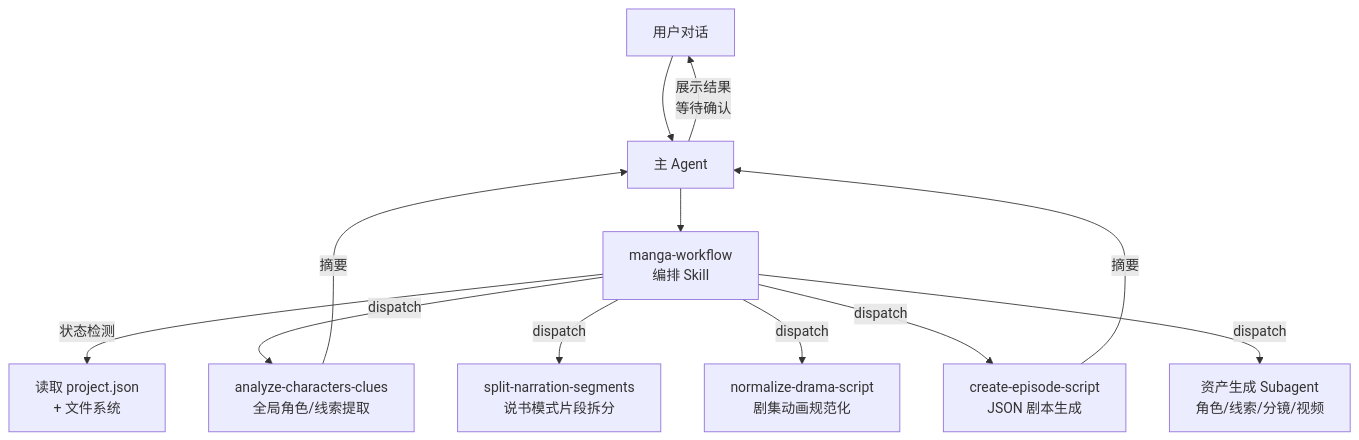
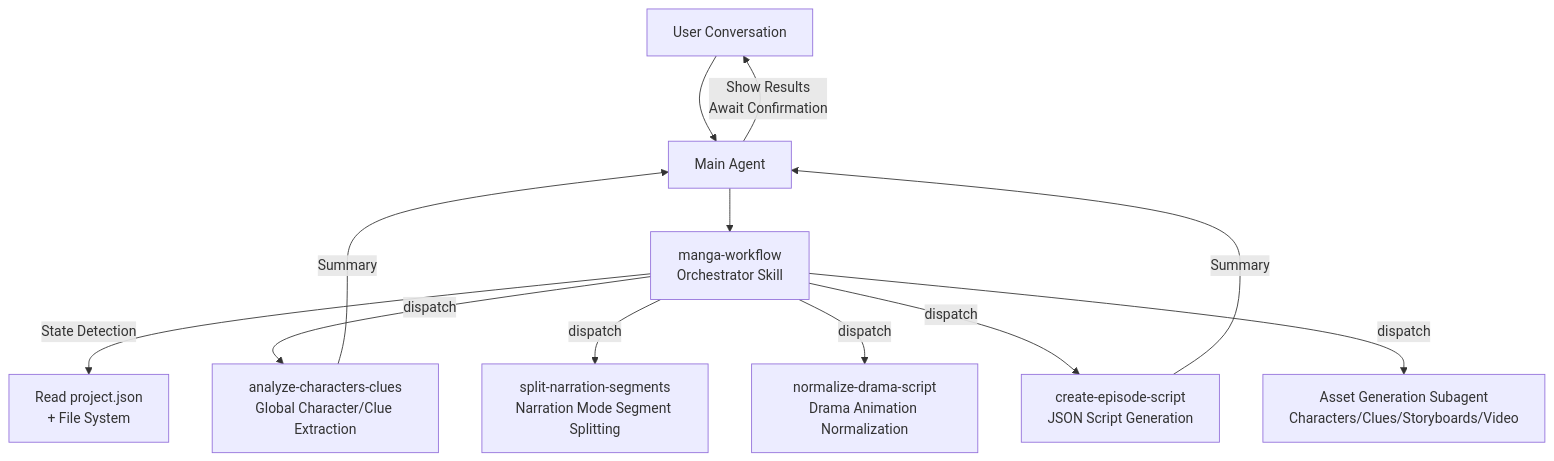
The second of 3 diagrams in README.md (lang315/ArcReel), drawn with Mermaid before and after one commit. The commit also changed other lines of this file and 3 other files, not shown here.

````diff
--- a/README.md
+++ b/README.md
@@ -185,14 +184,14 @@
 ```mermaid
 flowchart TD
-    User["用户对话"] --> Main["主 Agent"]
-    Main --> MW["manga-workflow<br/>编排 Skill"]
-    MW -->|"状态检测"| PJ["读取 project.json<br/>+ 文件系统"]
-    MW -->|"dispatch"| SA1["analyze-characters-clues<br/>全局角色/线索提取"]
-    MW -->|"dispatch"| SA2["split-narration-segments<br/>说书模式片段拆分"]
-    MW -->|"dispatch"| SA3["normalize-drama-script<br/>剧集动画规范化"]
-    MW -->|"dispatch"| SA4["create-episode-script<br/>JSON 剧本生成"]
-    MW -->|"dispatch"| SA5["资产生成 Subagent<br/>角色/线索/分镜/视频"]
-    SA1 -->|"摘要"| Main
-    SA4 -->|"摘要"| Main
-    Main -->|"展示结果<br/>等待确认"| User
+    User["User Conversation"] --> Main["Main Agent"]
+    Main --> MW["manga-workflow<br/>Orchestrator Skill"]
+    MW -->|"State Detection"| PJ["Read project.json<br/>+ File System"]
+    MW -->|"dispatch"| SA1["analyze-characters-clues<br/>Global Character/Clue Extraction"]
+    MW -->|"dispatch"| SA2["split-narration-segments<br/>Narration Mode Segment Splitting"]
+    MW -->|"dispatch"| SA3["normalize-drama-script<br/>Drama Animation Normalization"]
+    MW -->|"dispatch"| SA4["create-episode-script<br/>JSON Script Generation"]
+    MW -->|"dispatch"| SA5["Asset Generation Subagent<br/>Characters/Clues/Storyboards/Video"]
+    SA1 -->|"Summary"| Main
+    SA4 -->|"Summary"| Main
+    Main -->|"Show Results<br/>Await Confirmation"| User
 ```
````
